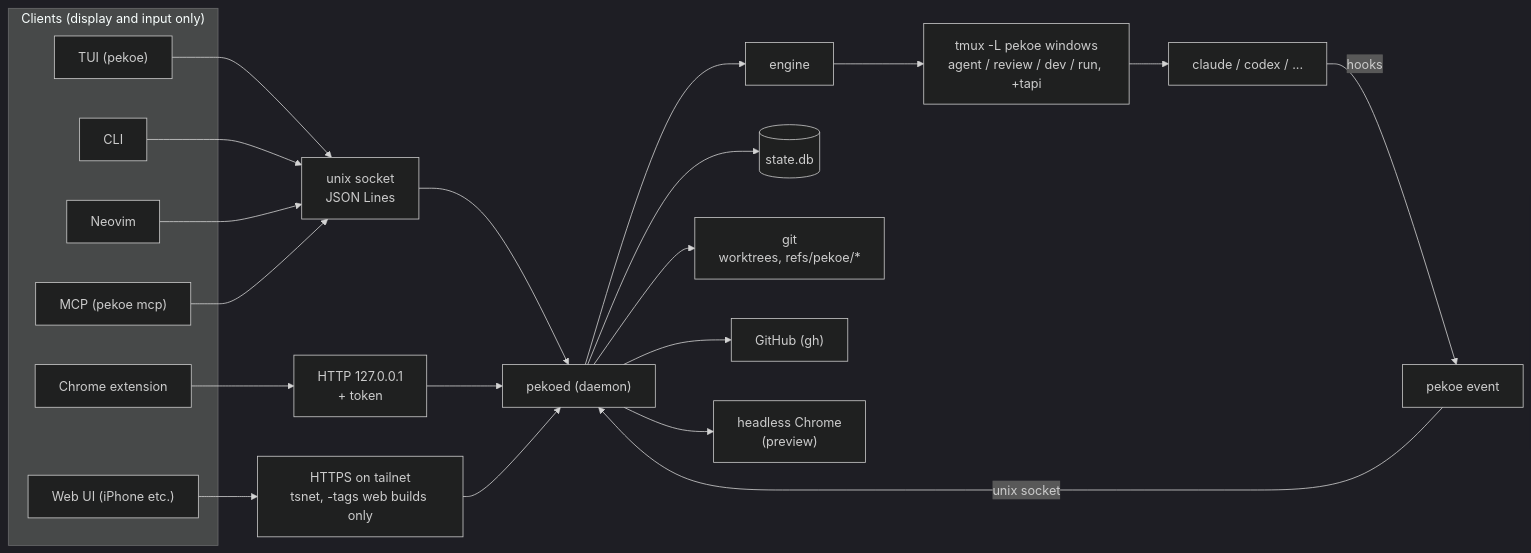
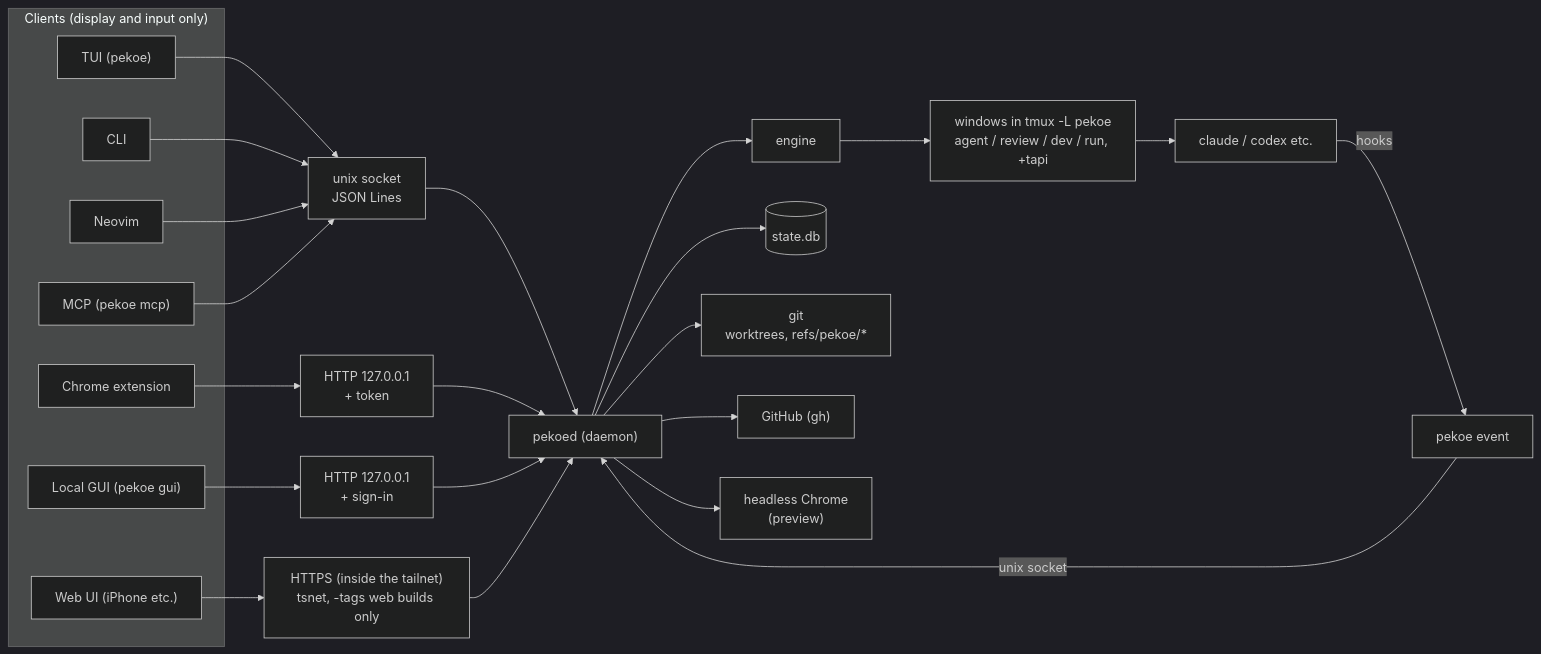
One commit to sakamosu/pekoe changed the diagram in README.md. Above: the diagram before and after it, drawn with Mermaid (dark theme). The commit also changed other lines of this file and 11 other files, not shown here.

````diff
--- a/README.md
+++ b/README.md
@@ -42,32 +38,36 @@
 ```mermaid
 flowchart LR
   subgraph clients["Clients (display and input only)"]
     tui["TUI (pekoe)"]
     cli["CLI"]
     nvim["Neovim"]
     mcp["MCP (pekoe mcp)"]
     ext["Chrome extension"]
+    gui["Local GUI (pekoe gui)"]
     web["Web UI (iPhone etc.)"]
   end
   sock["unix socket<br/>JSON Lines"]
   http["HTTP 127.0.0.1<br/>+ token"]
-  tsnet["HTTPS on tailnet<br/>tsnet, -tags web builds only"]
+  guihttp["HTTP 127.0.0.1<br/>+ sign-in"]
+  tsnet["HTTPS (inside the tailnet)<br/>tsnet, -tags web builds only"]
   tui --> sock
   cli --> sock
   nvim --> sock
   mcp --> sock
   ext --> http
+  gui --> guihttp
   web --> tsnet
   sock --> pekoed
   http --> pekoed
+  guihttp --> pekoed
   tsnet --> pekoed
   pekoed["pekoed (daemon)"] --> engine["engine"]
-  engine --> tmux["tmux -L pekoe windows<br/>agent / review / dev / run, +tapi"]
-  tmux --> agent["claude / codex / ..."]
+  engine --> tmux["windows in tmux -L pekoe<br/>agent / review / dev / run, +tapi"]
+  tmux --> agent["claude / codex etc."]
   agent -- "hooks" --> event["pekoe event"]
   event -- "unix socket" --> pekoed
   pekoed --> db[("state.db")]
   pekoed --> git["git<br/>worktrees, refs/pekoe/*"]
   pekoed --> gh["GitHub (gh)"]
   pekoed --> chrome["headless Chrome<br/>(preview)"]
 ```
````
